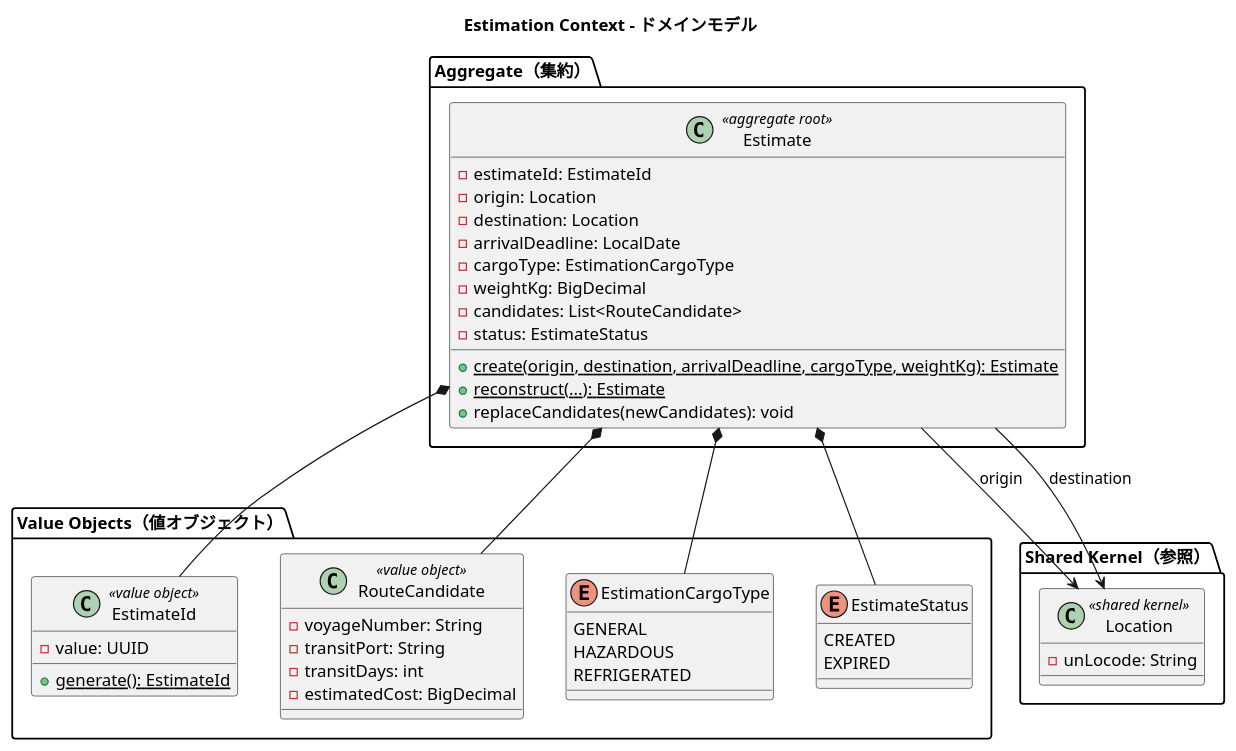
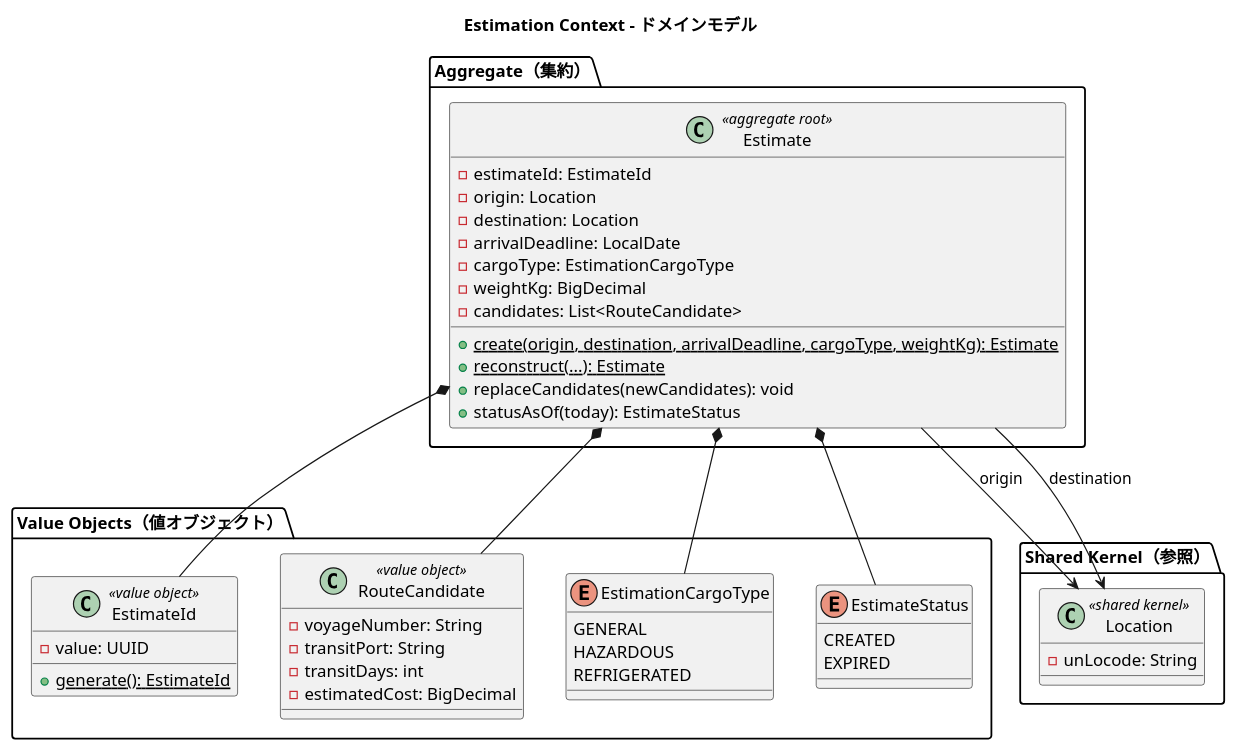
The ninth of 11 diagrams in docs/design/domain-model.md (k2works/case-study-cargo-tracker), drawn with PlantUML before and after one commit. The commit also changed 2 other files, not shown here.

Commit message:
docs: 正典 3 件を IT19 の実装に合わせる
development_strategy.md に「出荷と是正（IT19）」の局面を足す。整流を繰り返す
わけではないことを、対象の違い（据え置いた負債か、正典との差か）で書き分ける。

ui_design.md の見積フロー遷移図に、IT18 で実装済みの [この見積で予約する] と
IT19 で足した絞り込み・再見積・貨物種別の変更を反映する。図が 3 遷移のまま
だったため、実装済みの導線すら載っていなかった。

domain-model.md の Estimate から status フィールドを外す。実装は保持せず
希望期限と業務日から導出しており（statusAsOf）、図だけが保持しているように
見えていた。

Claude-Session: https://claude.ai/code/session_01Ct6FDt1BGonFA4BM2qTJfK

````diff
--- a/docs/design/domain-model.md
+++ b/docs/design/domain-model.md
@@ -1214,57 +1214,57 @@
 ```plantuml
 @startuml
 title Estimation Context - ドメインモデル
 
 package "Aggregate（集約）" {
   class Estimate <<aggregate root>> {
     -estimateId: EstimateId
     -origin: Location
     -destination: Location
     -arrivalDeadline: LocalDate
     -cargoType: EstimationCargoType
     -weightKg: BigDecimal
     -candidates: List<RouteCandidate>
-    -status: EstimateStatus
     +{static} create(origin, destination, arrivalDeadline, cargoType, weightKg): Estimate
     +{static} reconstruct(...): Estimate
     +replaceCandidates(newCandidates): void
+    +statusAsOf(today): EstimateStatus
   }
 }
 
 package "Value Objects（値オブジェクト）" {
   class EstimateId <<value object>> {
     -value: UUID
     +{static} generate(): EstimateId
   }
   class RouteCandidate <<value object>> {
     -voyageNumber: String
     -transitPort: String
     -transitDays: int
     -estimatedCost: BigDecimal
   }
   enum EstimationCargoType {
     GENERAL
     HAZARDOUS
     REFRIGERATED
   }
   enum EstimateStatus {
     CREATED
     EXPIRED
   }
 }
 
 package "Shared Kernel（参照）" {
   class Location <<shared kernel>> {
     -unLocode: String
   }
 }
 
 Estimate *-- EstimateId
 Estimate *-- EstimationCargoType
 Estimate *-- EstimateStatus
 Estimate *-- RouteCandidate
 Estimate --> Location : origin
 Estimate --> Location : destination
 
 @enduml
 ```
````
